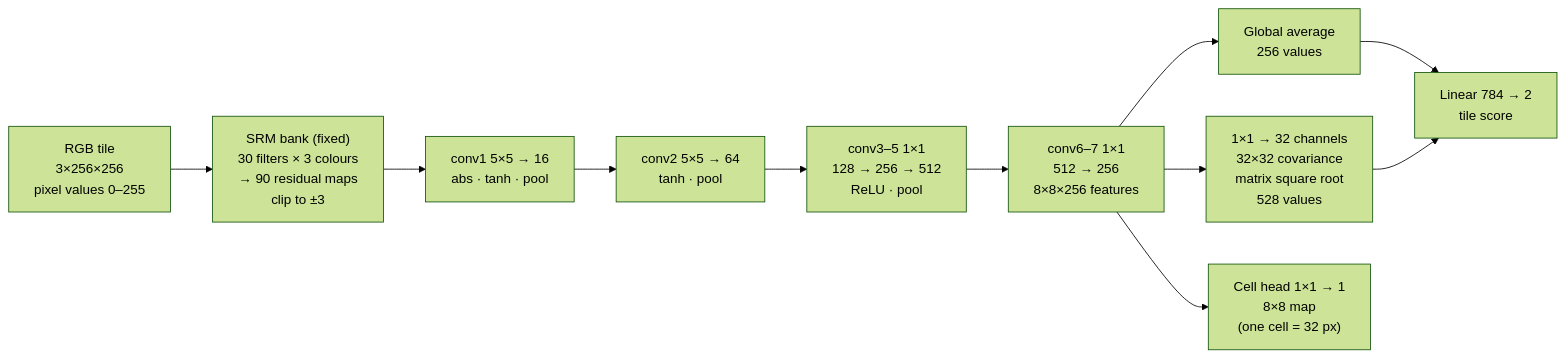
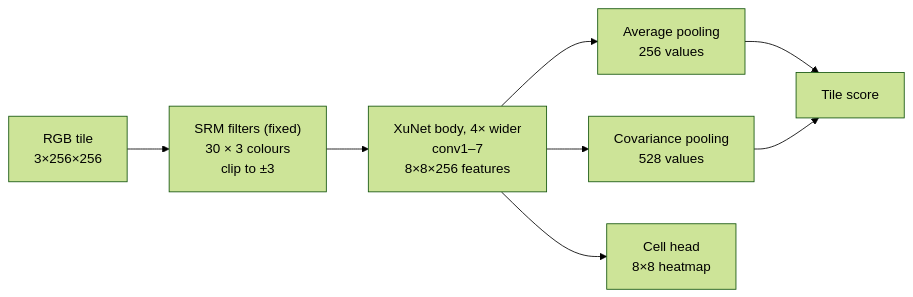
The second of 3 diagrams in README.md (alvinto27/AAI3001-CVDL), drawn with Mermaid (forest theme) before and after one commit. The commit also changed other lines of this file and 1 other file, not shown here.

````diff
--- a/README.md
+++ b/README.md
@@ -131,13 +160,10 @@
 ```mermaid
 flowchart LR
-    A["RGB tile<br/>3×256×256<br/>pixel values 0–255"] --> B["SRM bank (fixed)<br/>30 filters × 3 colours<br/>→ 90 residual maps<br/>clip to ±3"]
-    B --> C["conv1 5×5 → 16<br/>abs · tanh · pool"]
-    C --> D["conv2 5×5 → 64<br/>tanh · pool"]
-    D --> E["conv3–5 1×1<br/>128 → 256 → 512<br/>ReLU · pool"]
-    E --> F["conv6–7 1×1<br/>512 → 256<br/>8×8×256 features"]
-    F --> G["Global average<br/>256 values"]
-    F --> H["1×1 → 32 channels<br/>32×32 covariance<br/>matrix square root<br/>528 values"]
-    G --> I["Linear 784 → 2<br/>tile score"]
+    A["RGB tile<br/>3×256×256"] --> B["SRM filters (fixed)<br/>30 × 3 colours<br/>clip to ±3"]
+    B --> C["XuNet body, 4× wider<br/>conv1–7<br/>8×8×256 features"]
+    C --> G["Average pooling<br/>256 values"]
+    C --> H["Covariance pooling<br/>528 values"]
+    G --> I["Tile score"]
     H --> I
-    F --> J["Cell head 1×1 → 1<br/>8×8 map<br/>(one cell = 32 px)"]
+    C --> J["Cell head<br/>8×8 heatmap"]
 ```
````
